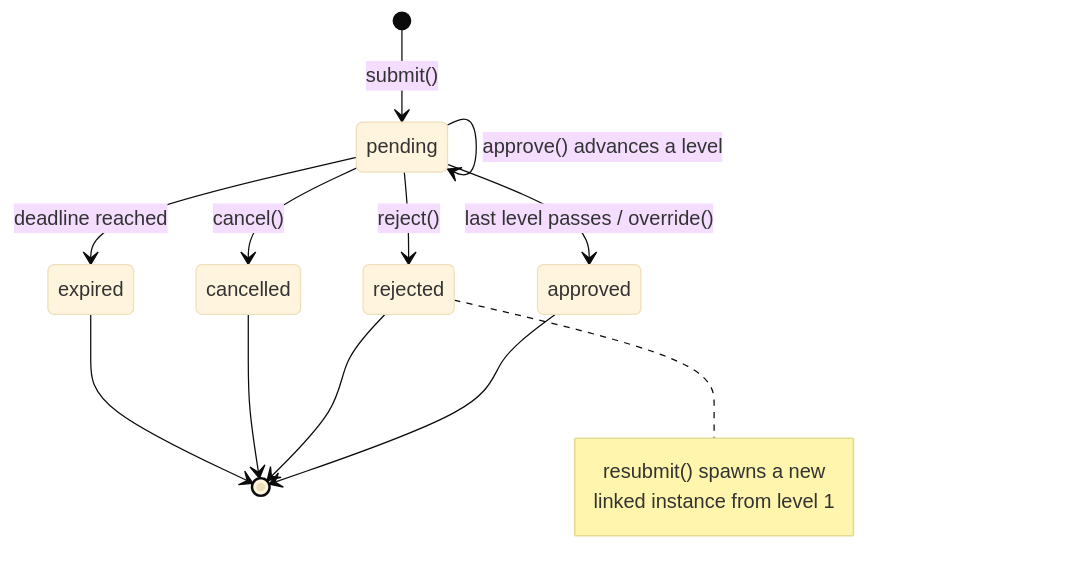
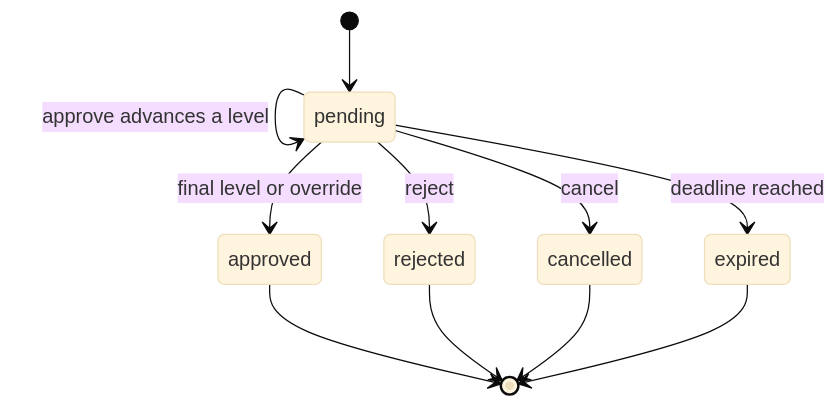
Before and after one commit to matthews-wong/hierarchical-approval: the first of 3 diagrams in README.md, drawn with Mermaid (base theme). The commit also changed other lines of this file, not shown here.

First line of the commit message:
docs: harden Mermaid diagrams so they render on GitHub

````diff
--- a/README.md
+++ b/README.md
@@ -100,17 +100,13 @@
 ```mermaid
 stateDiagram-v2
-    [*] --> pending: submit()
-    pending --> pending: approve() advances a level
-    pending --> approved: last level passes / override()
-    pending --> rejected: reject()
-    pending --> cancelled: cancel()
+    [*] --> pending
+    pending --> pending: approve advances a level
+    pending --> approved: final level or override
+    pending --> rejected: reject
+    pending --> cancelled: cancel
     pending --> expired: deadline reached
     approved --> [*]
     rejected --> [*]
     cancelled --> [*]
     expired --> [*]
-    note right of rejected
-      resubmit() spawns a new
-      linked instance from level 1
-    end note
 ```
````
